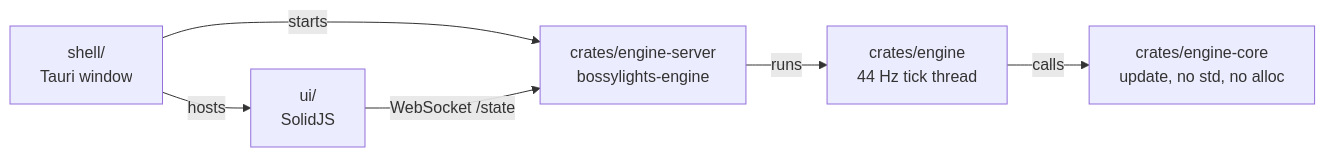
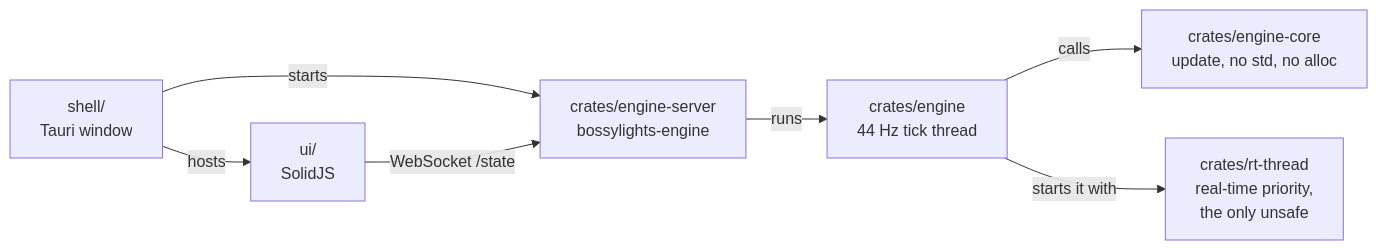
Before and after one commit to abossard/bossylights: the diagram in README.md, drawn with Mermaid. The commit also changed other lines of this file and 2 other files, not shown here.

Commit message:
docs: rt-thread, the priority in the state stream, lateness over 60 s (#103)

````diff
--- a/README.md
+++ b/README.md
@@ -25,8 +25,9 @@
 ```mermaid
 flowchart LR
   SH["shell/<br/>Tauri window"] -- "starts" --> EB["crates/engine-server<br/>bossylights-engine"]
   EB -- "runs" --> EN["crates/engine<br/>44 Hz tick thread"]
   EN -- "calls" --> CO["crates/engine-core<br/>update, no std, no alloc"]
+  EN -- "starts it with" --> RT["crates/rt-thread<br/>real-time priority,<br/>the only unsafe"]
   SH -- "hosts" --> UI["ui/<br/>SolidJS"]
   UI -- "WebSocket /state" --> EB
 ```
````
